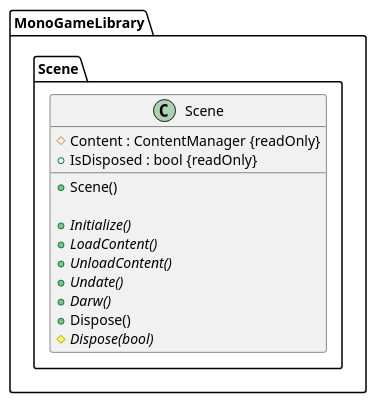
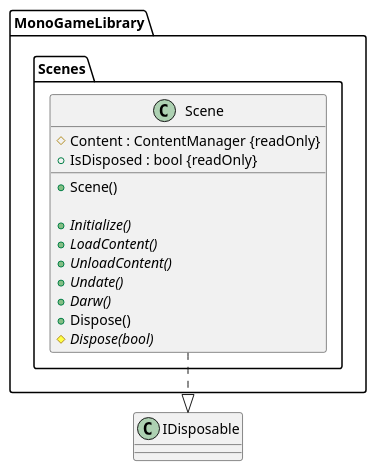
The diagram in docs/puml/MonoGameLibrary/Scenes/Scenes.puml (priceEXE/MonoGame), drawn with PlantUML before and after one commit. The commit also changed 14 other files, not shown here.

Commit message:
uml update

```diff
--- a/docs/puml/MonoGameLibrary/Scenes/Scenes.puml
+++ b/docs/puml/MonoGameLibrary/Scenes/Scenes.puml
@@ -1,18 +1,19 @@
 @startuml Scene
-namespace MonoGameLibrary.Scene {
+namespace MonoGameLibrary.Scenes {
     class Scene {
         # Content : ContentManager {readOnly}
         + IsDisposed : bool {readOnly}
 
         + Scene()
 
         {abstract} + Initialize()
         {abstract} + LoadContent()
         {abstract} + UnloadContent()
         {abstract} + Undate()
         {abstract} + Darw()
         + Dispose()
         {abstract} # Dispose(bool)
     }
 }
+MonoGameLibrary.Scenes.Scene ..|> IDisposable
 @enduml
```
